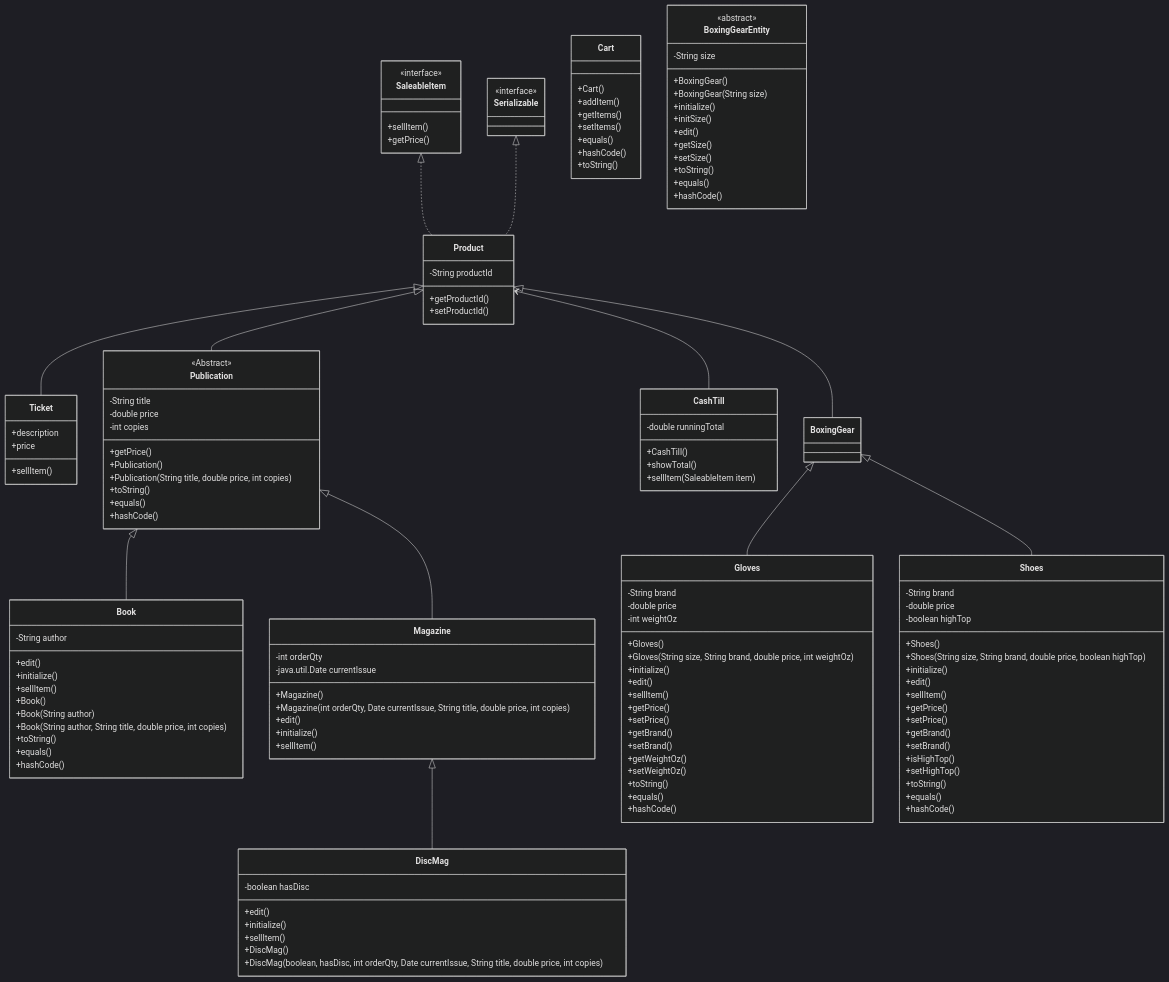
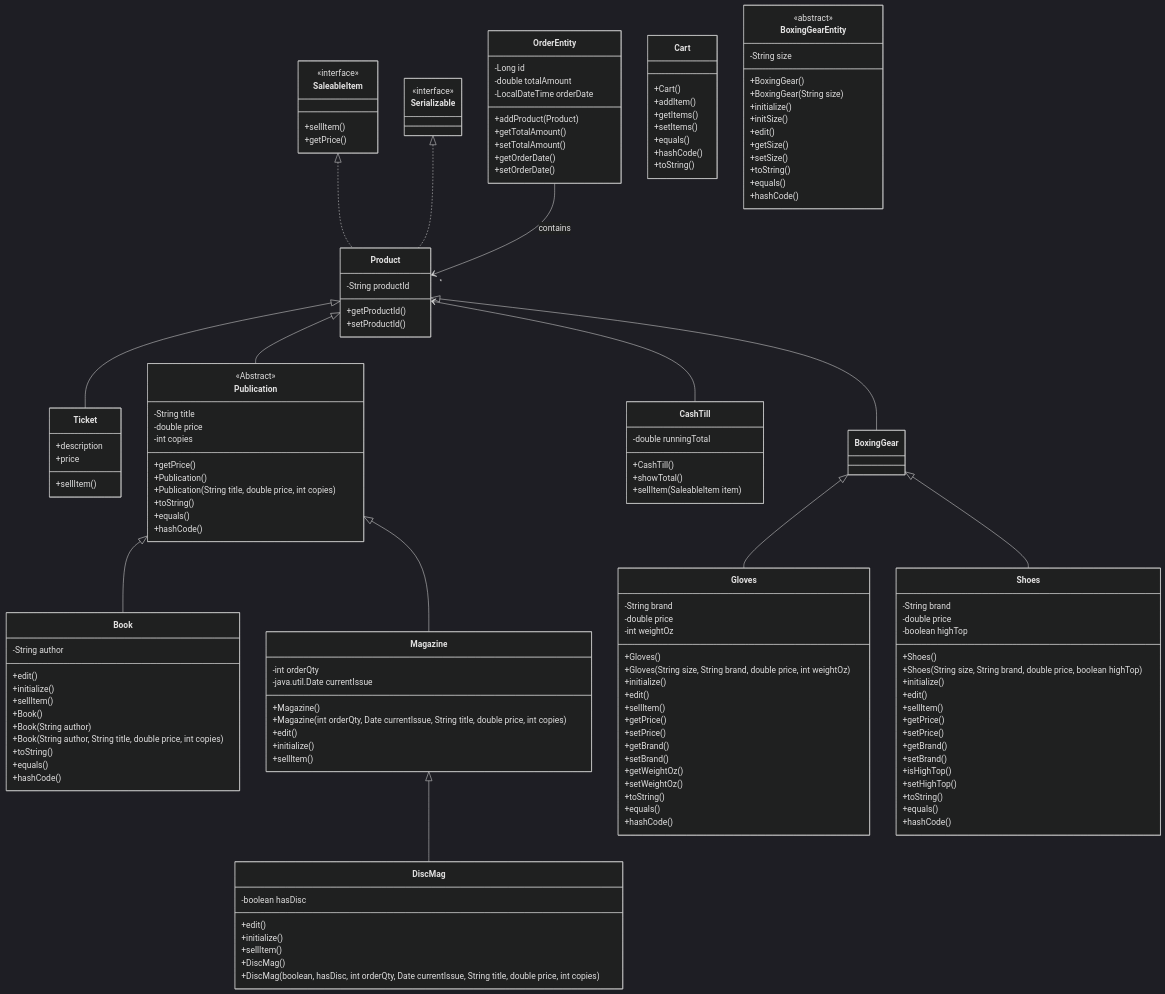
The diagram in documentation/bookstore.f25-2025-11-17-211001.mmd (Brent705/csd230_w26.lab1.BrentMurray), drawn with Mermaid (dark theme) before and after one commit.

Commit message:
Updated mermaid

```diff
--- a/documentation/bookstore.f25-2025-11-17-211001.mmd
+++ b/documentation/bookstore.f25-2025-11-17-211001.mmd
@@ -1,149 +1,160 @@
 classDiagram
     Product <|--Ticket
     Product <|--Publication
     Publication <|-- Book
     Publication <|-- Magazine
     Magazine <|-- DiscMag
     SaleableItem <|.. Product
     Serializable <|.. Product
     Product <-- CashTill
     Product <|--BoxingGear
     BoxingGear <|--Gloves
     BoxingGear <|--Shoes
+    OrderEntity --> "*" Product : contains
 
     class Product{
         -String productId
         +getProductId()
         +setProductId()
     }
 
     class Serializable{
         <<interface>>
     }
     class Ticket{
         +description
         +price
         +sellItem()
     }
     class Publication{
         <<Abstract>>
         -String title
         -double price
         -int copies
         +getPrice()
 
         +Publication()
         +Publication(String title, double price, int copies)
         +toString()
         +equals()
         +hashCode()
 
     }
     class Book{
         -String author
         +edit()
         +initialize()
         +sellItem()
 
         +Book()
         +Book(String author)
         +Book(String author, String title, double price, int copies)
         +toString()
         +equals()
         +hashCode()
 
     }
     class Magazine{
         -int orderQty
         -java.util.Date currentIssue
 
         +Magazine()
         +Magazine(int orderQty, Date currentIssue, String title, double price, int copies)
 
         +edit()
         +initialize()
         +sellItem()
     }
     class DiscMag{
         -boolean hasDisc
         +edit()
         +initialize()
         +sellItem()
 
         +DiscMag()
         +DiscMag(boolean, hasDisc, int orderQty, Date currentIssue, String title, double price, int copies)
 
     }
     class CashTill{
         -double runningTotal
         +CashTill()
         +showTotal()
         +sellItem(SaleableItem item)
     }
     class SaleableItem {
         <<interface>>
         +sellItem()
         +getPrice()
 
     }
     class Cart {
         +Cart()
         +addItem()
         +getItems()
         +setItems()
         +equals()
         +hashCode()
         +toString()
     }
     class BoxingGearEntity {
         <<abstract>>
         -String size
         +BoxingGear()
         +BoxingGear(String size)
         +initialize()
         +initSize()
         +edit()
         +getSize()
         +setSize()
         +toString()
         +equals()
         +hashCode()
     }
     class Gloves {
         -String brand
         -double price
         -int weightOz
         +Gloves()
         +Gloves(String size, String brand, double price, int weightOz)
         +initialize()
         +edit()
         +sellItem()
         +getPrice()
         +setPrice()
         +getBrand()
         +setBrand()
         +getWeightOz()
         +setWeightOz()
         +toString()
         +equals()
         +hashCode()
     }
     class Shoes {
         -String brand
         -double price
         -boolean highTop
         +Shoes()
         +Shoes(String size, String brand, double price, boolean highTop)
         +initialize()
         +edit()
         +sellItem()
         +getPrice()
         +setPrice()
         +getBrand()
         +setBrand()
         +isHighTop()
         +setHighTop()
         +toString()
         +equals()
         +hashCode()
     }
+    class OrderEntity {
+        -Long id
+        -double totalAmount
+        -LocalDateTime orderDate
+        +addProduct(Product)
+        +getTotalAmount()
+        +setTotalAmount()
+        +getOrderDate()
+        +setOrderDate()
+    }
```
